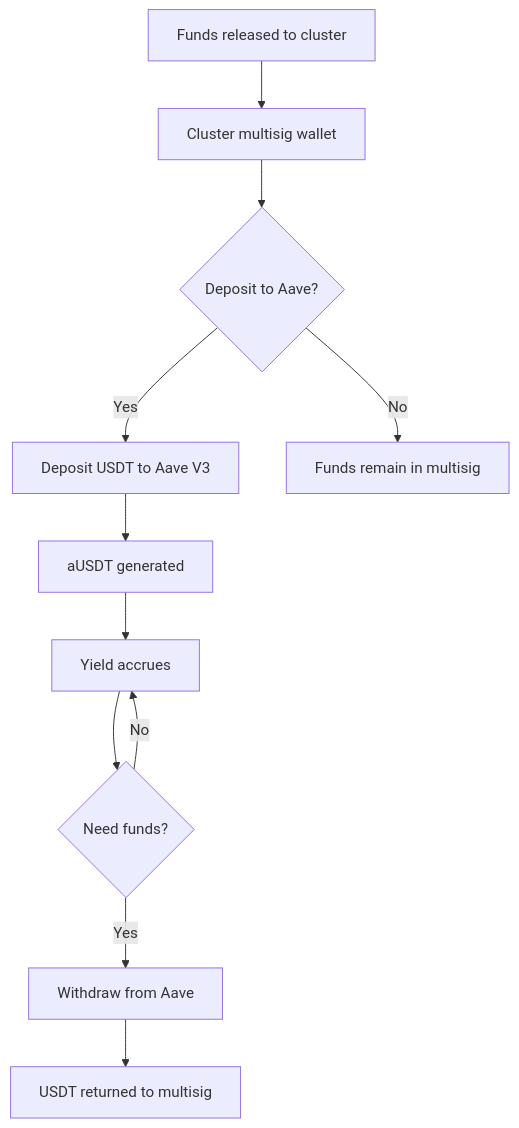
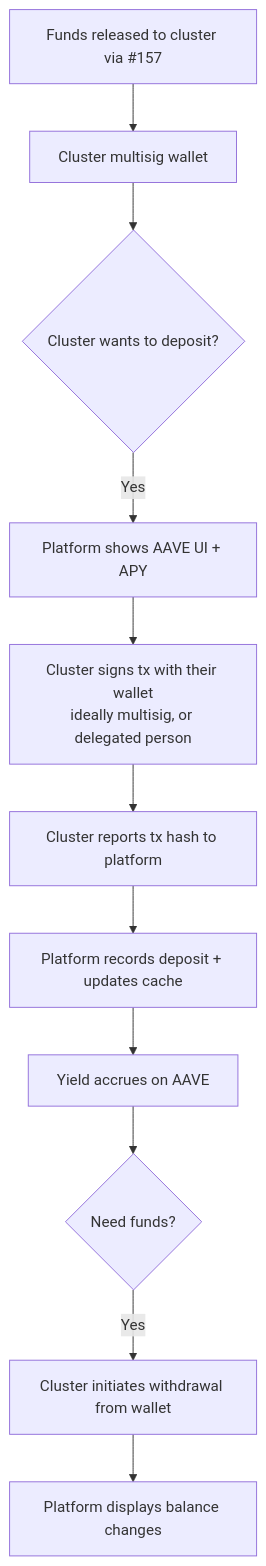
One commit to pasosdeJesus/learn.tg changed the third of 3 diagrams in REQ/159.md. Above: the diagram before and after it, drawn with Mermaid. The commit also changed other lines of this file and 14 other files, not shown here.

````diff
--- a/REQ/159.md
+++ b/REQ/159.md
@@ -64,13 +61,13 @@
 ```mermaid
 flowchart TB
-    A[Funds released to cluster] --> B[Cluster multisig wallet]
-    B --> C{Deposit to Aave?}
-    C -->|Yes| D[Deposit USDT to Aave V3]
-    C -->|No| E[Funds remain in multisig]
-    D --> F[aUSDT generated]
-    F --> G[Yield accrues]
-    G --> H{Need funds?}
-    H -->|Yes| I[Withdraw from Aave]
-    H -->|No| G
-    I --> J[USDT returned to multisig]
+    A[Funds released to cluster via #157] --> B[Cluster multisig wallet]
+    B --> C{Cluster wants to deposit?}
+    C -->|Yes| D[Platform shows AAVE UI + APY]
+    D --> E[Cluster signs tx with their wallet<br/>ideally multisig, or delegated person]
+    E --> F[Cluster reports tx hash to platform]
+    F --> G[Platform records deposit + updates cache]
+    G --> H[Yield accrues on AAVE]
+    H --> I{Need funds?}
+    I -->|Yes| J[Cluster initiates withdrawal from wallet]
+    J --> K[Platform displays balance changes]
 ```
````
